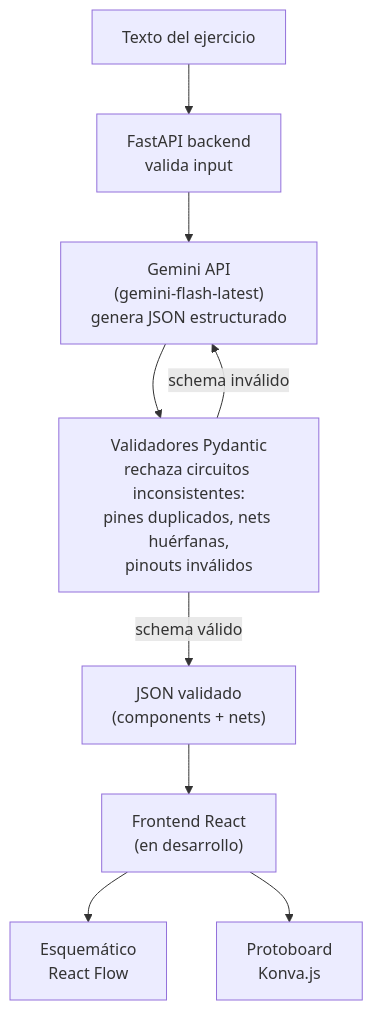
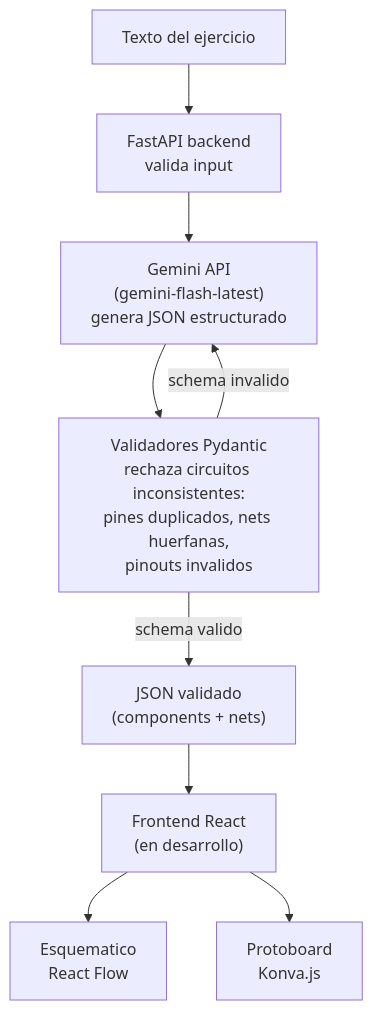
One commit to ANTONIO30-09/circuit-ai changed the diagram in README.md. Above: the diagram before and after it, drawn with Mermaid. The commit also changed other lines of this file, not shown here.

````diff
--- a/README.md
+++ b/README.md
@@ -13,11 +13,11 @@
 ```mermaid
 flowchart TD
     A["Texto del ejercicio"] --> B["FastAPI backend<br/>valida input"]
     B --> C["Gemini API<br/>(gemini-flash-latest)<br/>genera JSON estructurado"]
-    C --> D["Validadores Pydantic<br/>rechaza circuitos inconsistentes:<br/>pines duplicados, nets huérfanas,<br/>pinouts inválidos"]
-    D -->|"schema inválido"| C
-    D -->|"schema válido"| E["JSON validado<br/>(components + nets)"]
+    C --> D["Validadores Pydantic<br/>rechaza circuitos inconsistentes:<br/>pines duplicados, nets huerfanas,<br/>pinouts invalidos"]
+    D -->|"schema invalido"| C
+    D -->|"schema valido"| E["JSON validado<br/>(components + nets)"]
     E --> F["Frontend React<br/>(en desarrollo)"]
-    F --> G["Esquemático<br/>React Flow"]
+    F --> G["Esquematico<br/>React Flow"]
     F --> H["Protoboard<br/>Konva.js"]
 ```
````
